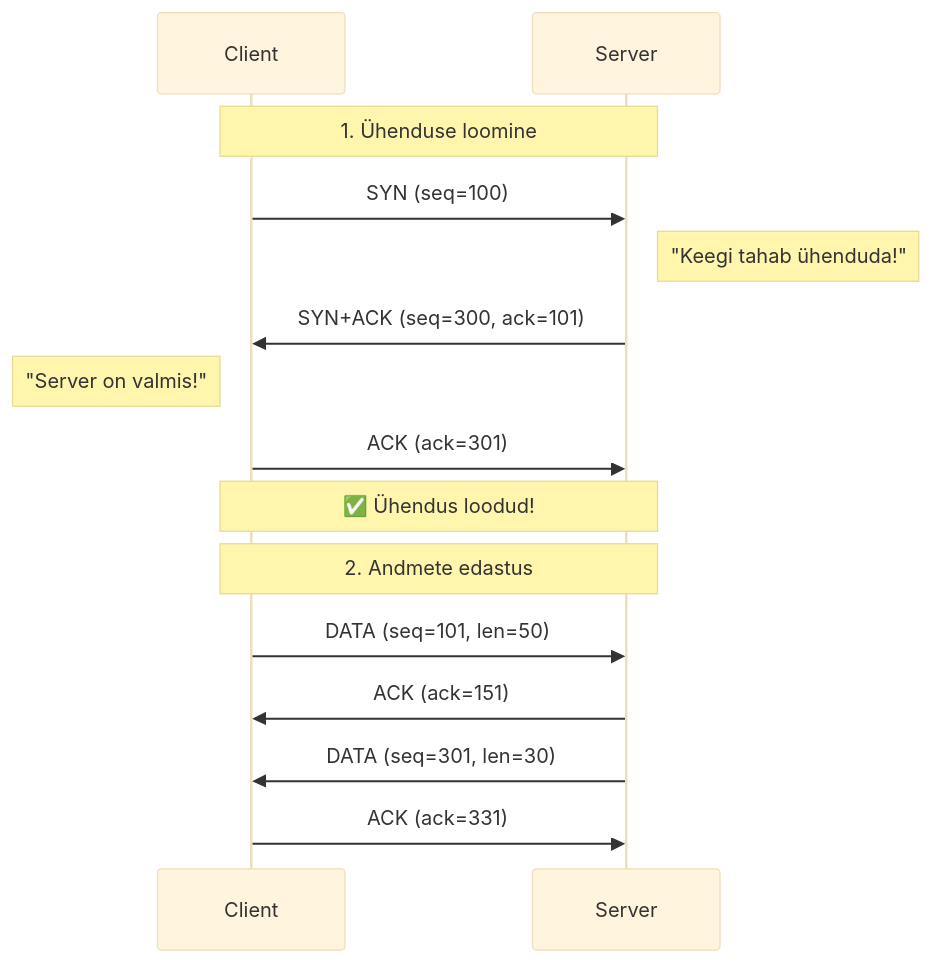
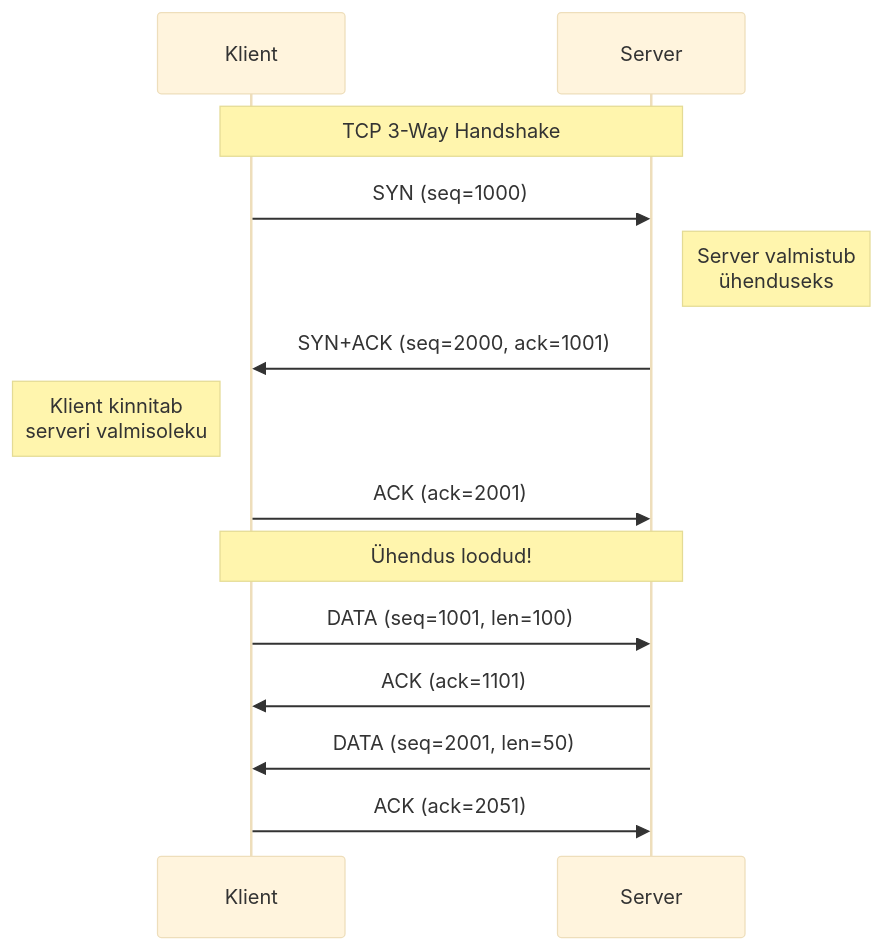
The fifth of 13 diagrams in Lecture/loeng2.md (mtalvik/av_alused), drawn with Mermaid (base theme) before and after one commit. The commit also changed other lines of this file, not shown here.

````diff
--- a/Lecture/loeng2.md
+++ b/Lecture/loeng2.md
@@ -242,19 +125,18 @@
 ```mermaid
 sequenceDiagram
-    participant C as Client
+    participant C as Klient
     participant S as Server
     
-    Note over C,S: 1. Ühenduse loomine
-    C->>S: SYN (seq=100)
-    Note right of S: "Keegi tahab ühenduda!"
-    S->>C: SYN+ACK (seq=300, ack=101)
-    Note left of C: "Server on valmis!"
-    C->>S: ACK (ack=301)
-    Note over C,S: ✅ Ühendus loodud!
+    Note over C,S: TCP 3-Way Handshake
+    C->>S: SYN (seq=1000)
+    Note right of S: Server valmistub<br/>ühenduseks
+    S->>C: SYN+ACK (seq=2000, ack=1001)
+    Note left of C: Klient kinnitab<br/>serveri valmisoleku
+    C->>S: ACK (ack=2001)
+    Note over C,S: Ühendus loodud!
     
-    Note over C,S: 2. Andmete edastus
-    C->>S: DATA (seq=101, len=50)
-    S->>C: ACK (ack=151)
-    S->>C: DATA (seq=301, len=30)
-    C->>S: ACK (ack=331)
+    C->>S: DATA (seq=1001, len=100)
+    S->>C: ACK (ack=1101)
+    S->>C: DATA (seq=2001, len=50)
+    C->>S: ACK (ack=2051)
 ```
````
